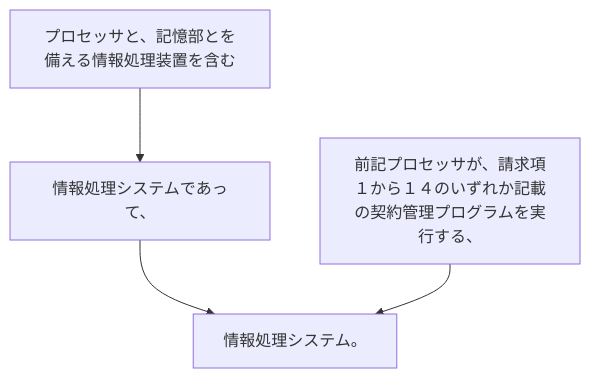
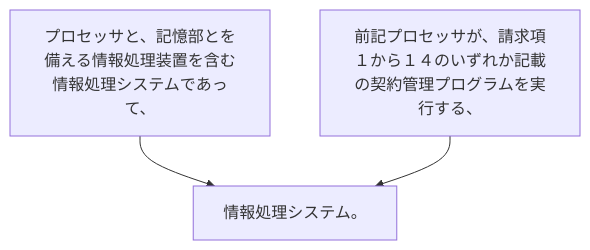
The diagram in 2024/JP2024014095A/claim_16/README.md (shinmori55/patent_analyzed), drawn with Mermaid before and after one commit. The commit also changed 336 other files, not shown here.

````diff
--- a/2024/JP2024014095A/claim_16/README.md
+++ b/2024/JP2024014095A/claim_16/README.md
@@ -4,10 +4,8 @@
 ```mermaid
 flowchart TD
-A[プロセッサと、記憶部とを備える情報処理装置を含む]
-B[情報処理システムであって、]
-C[前記プロセッサが、請求項１から１４のいずれか記載の契約管理プログラムを実行する、]
-D[情報処理システム。]
-A --> B
-B --> D
-C --> D
+A[プロセッサと、記憶部とを備える情報処理装置を含む情報処理システムであって、]
+B[前記プロセッサが、請求項１から１４のいずれか記載の契約管理プログラムを実行する、]
+C[情報処理システム。]
+A --> C
+B --> C
 ```
````
